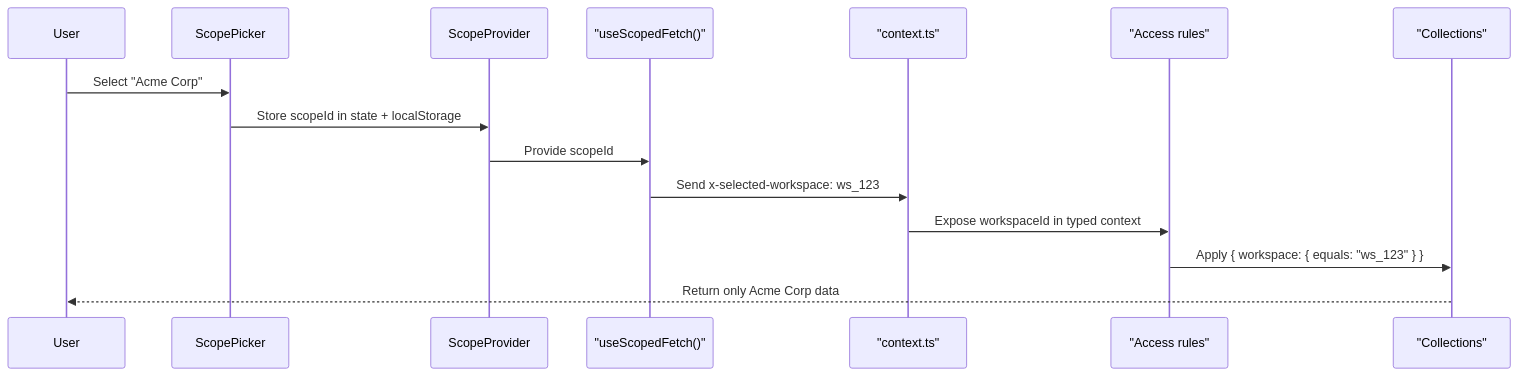
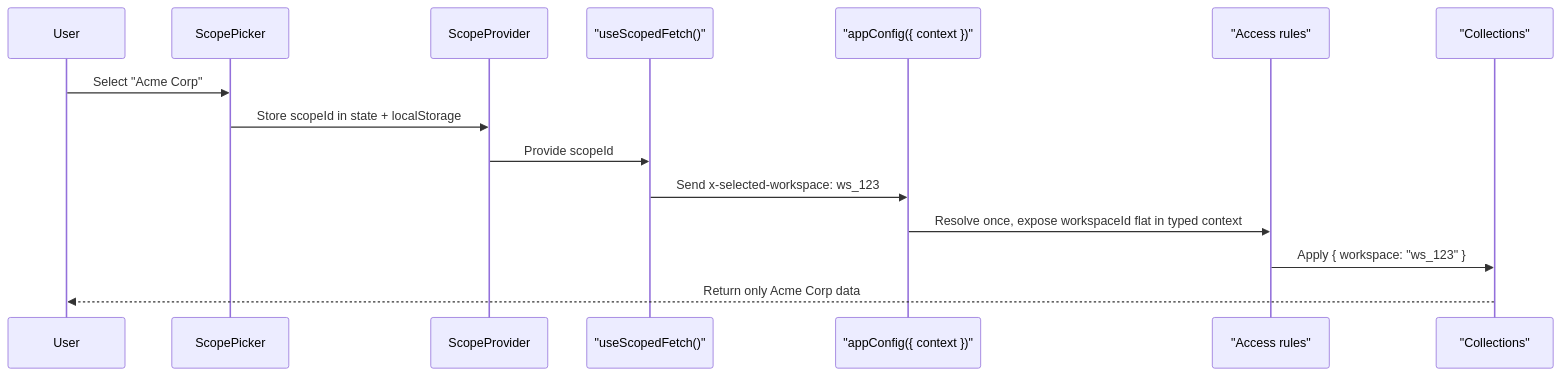
One commit to questpie/questpie changed the diagram in apps/docs/content/docs/production/multi-tenancy.mdx. Above: the diagram before and after it, drawn with Mermaid. The commit also changed other lines of this file and 28 other files, not shown here.

````diff
--- a/apps/docs/content/docs/production/multi-tenancy.mdx
+++ b/apps/docs/content/docs/production/multi-tenancy.mdx
@@ -211,18 +254,18 @@
 ```mermaid
 sequenceDiagram
 	participant User
 	participant ScopePicker
 	participant ScopeProvider
 	participant Client as "useScopedFetch()"
-	participant Server as "context.ts"
+	participant Server as "appConfig({ context })"
 	participant Access as "Access rules"
 	participant Data as "Collections"
 
 	User->>ScopePicker: Select "Acme Corp"
 	ScopePicker->>ScopeProvider: Store scopeId in state + localStorage
 	ScopeProvider->>Client: Provide scopeId
 	Client->>Server: Send x-selected-workspace: ws_123
-	Server->>Access: Expose workspaceId in typed context
-	Access->>Data: Apply { workspace: { equals: "ws_123" } }
+	Server->>Access: Resolve once, expose workspaceId flat in typed context
+	Access->>Data: Apply { workspace: "ws_123" }
 	Data-->>User: Return only Acme Corp data
 ```
````
